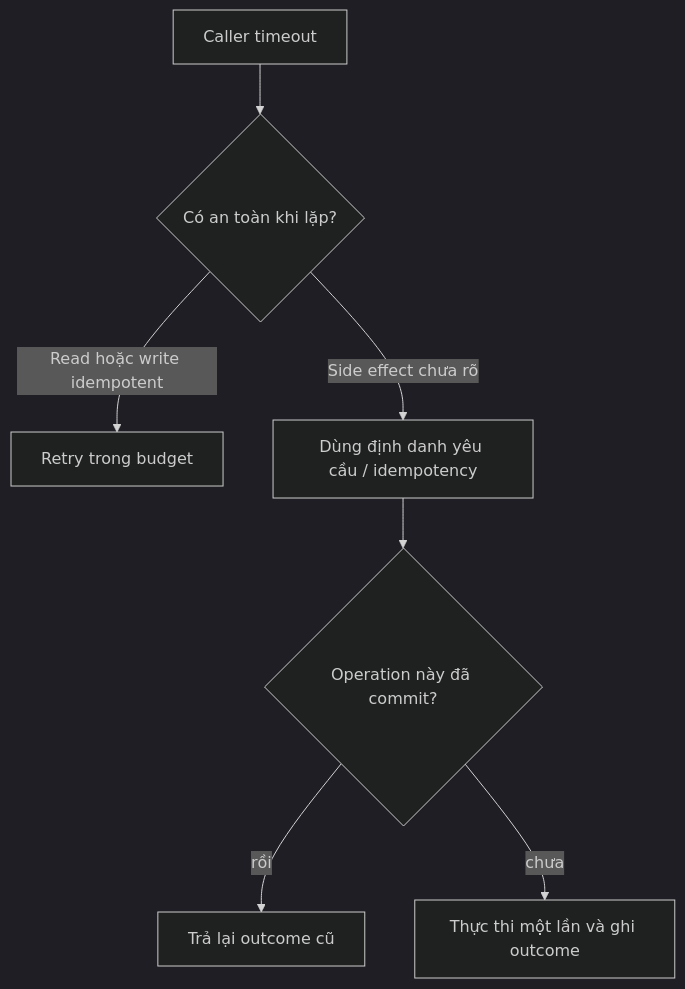
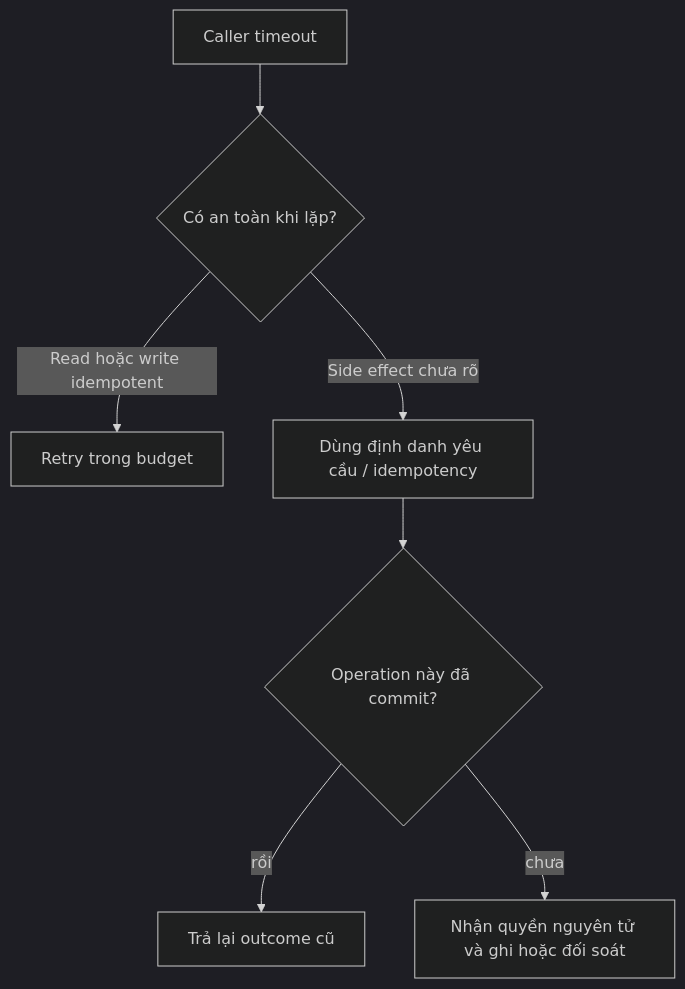
Before and after one commit to thucne/software-development-atlas: the third of 4 diagrams in content/docs/distributed-systems/partial-failure.vi.mdx, drawn with Mermaid (dark theme). The commit also changed other lines of this file, not shown here.

````diff
--- a/content/docs/distributed-systems/partial-failure.vi.mdx
+++ b/content/docs/distributed-systems/partial-failure.vi.mdx
@@ -107,9 +107,9 @@
 ```mermaid
 flowchart TD
   T[Caller timeout] --> Q{Có an toàn khi lặp?}
   Q -->|Read hoặc write idempotent| R[Retry trong budget]
   Q -->|Side effect chưa rõ| I[Dùng định danh yêu cầu / idempotency]
   I --> K{Operation này đã commit?}
   K -->|rồi| O[Trả lại outcome cũ]
-  K -->|chưa| X[Thực thi một lần và ghi outcome]
+  K -->|chưa| X[Nhận quyền nguyên tử và ghi hoặc đối soát]
 ```
````
